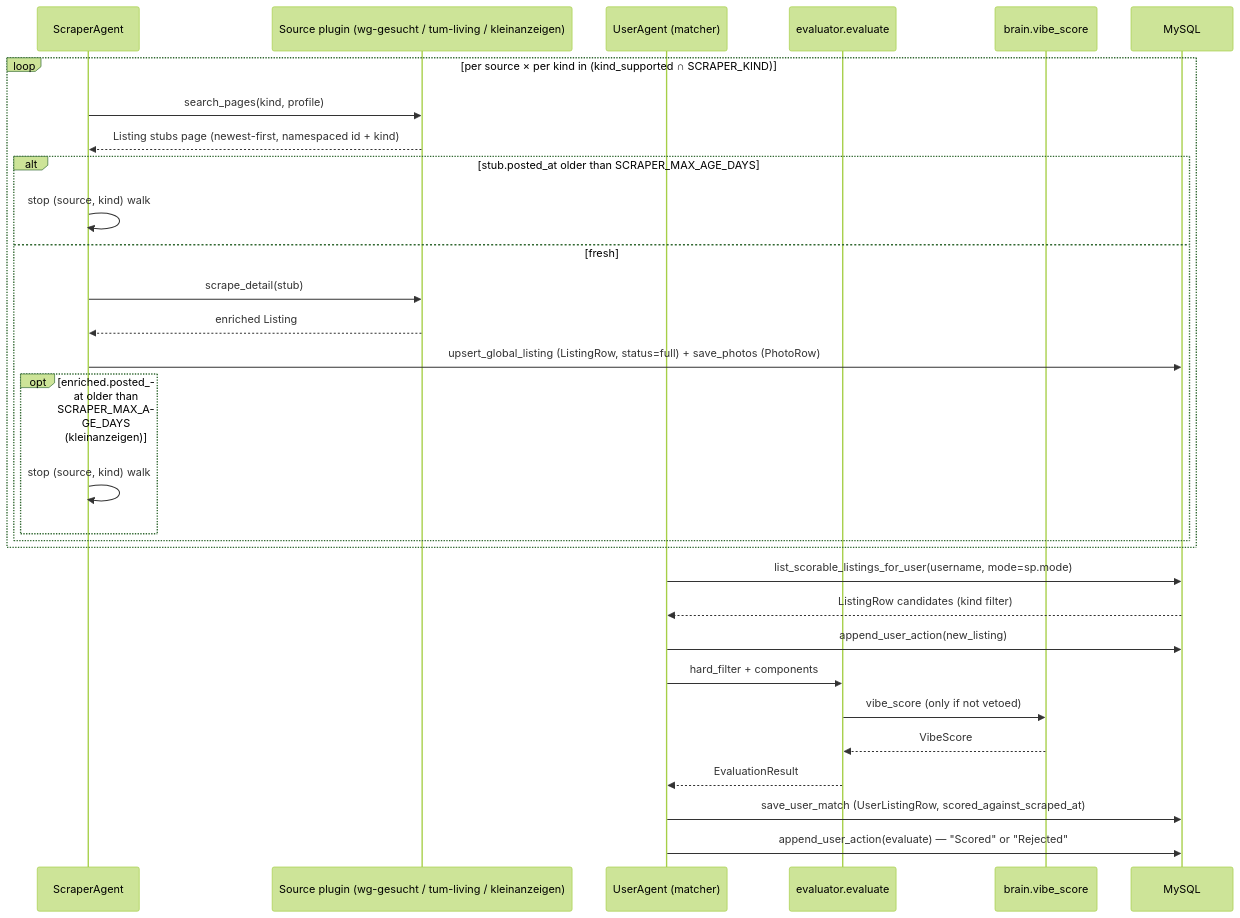
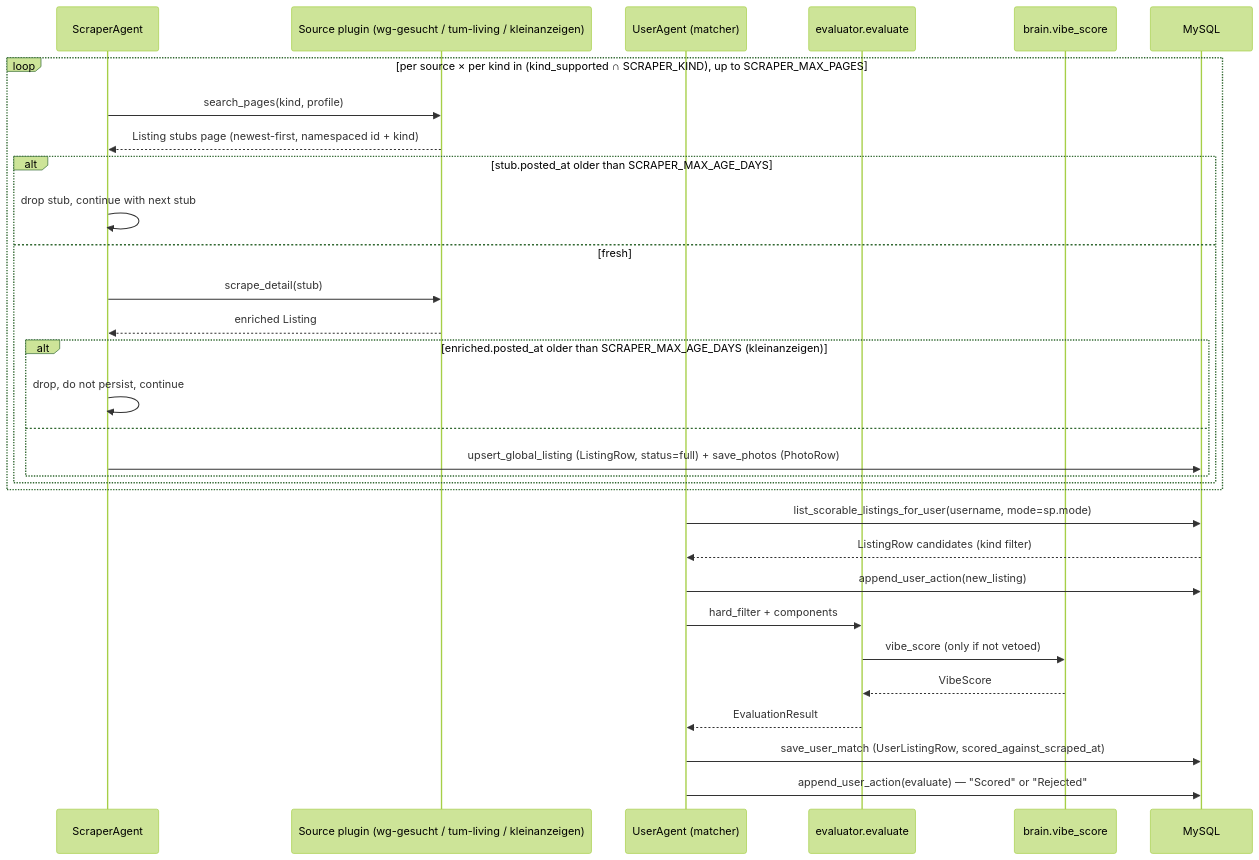
The third of 3 diagrams in docs/DATA_MODEL.md (v-ya-ch-e/tumai-makeathon-2026), drawn with Mermaid (forest theme) before and after one commit. The commit also changed other lines of this file and 11 other files, not shown here.

````diff
--- a/docs/DATA_MODEL.md
+++ b/docs/DATA_MODEL.md
@@ -395,34 +396,35 @@
 ```mermaid
 sequenceDiagram
   participant SA as ScraperAgent
   participant SRC as Source plugin (wg-gesucht / tum-living / kleinanzeigen)
   participant Matcher as UserAgent (matcher)
   participant Evaluator as evaluator.evaluate
   participant Brain as brain.vibe_score
   participant DB as MySQL
 
-  loop per source × per kind in (kind_supported ∩ SCRAPER_KIND)
+  loop per source × per kind in (kind_supported ∩ SCRAPER_KIND), up to SCRAPER_MAX_PAGES
     SA->>SRC: search_pages(kind, profile)
     SRC-->>SA: Listing stubs page (newest-first, namespaced id + kind)
     alt stub.posted_at older than SCRAPER_MAX_AGE_DAYS
-      SA->>SA: stop (source, kind) walk
+      SA->>SA: drop stub, continue with next stub
     else fresh
       SA->>SRC: scrape_detail(stub)
       SRC-->>SA: enriched Listing
-      SA->>DB: upsert_global_listing (ListingRow, status=full) + save_photos (PhotoRow)
-      opt enriched.posted_at older than SCRAPER_MAX_AGE_DAYS (kleinanzeigen)
-        SA->>SA: stop (source, kind) walk
+      alt enriched.posted_at older than SCRAPER_MAX_AGE_DAYS (kleinanzeigen)
+        SA->>SA: drop, do not persist, continue
+      else
+        SA->>DB: upsert_global_listing (ListingRow, status=full) + save_photos (PhotoRow)
       end
     end
   end
 
   Matcher->>DB: list_scorable_listings_for_user(username, mode=sp.mode)
   DB-->>Matcher: ListingRow candidates (kind filter)
   Matcher->>DB: append_user_action(new_listing)
   Matcher->>Evaluator: hard_filter + components
   Evaluator->>Brain: vibe_score (only if not vetoed)
   Brain-->>Evaluator: VibeScore
   Evaluator-->>Matcher: EvaluationResult
   Matcher->>DB: save_user_match (UserListingRow, scored_against_scraped_at)
   Matcher->>DB: append_user_action(evaluate) — "Scored" or "Rejected"
 ```
````
